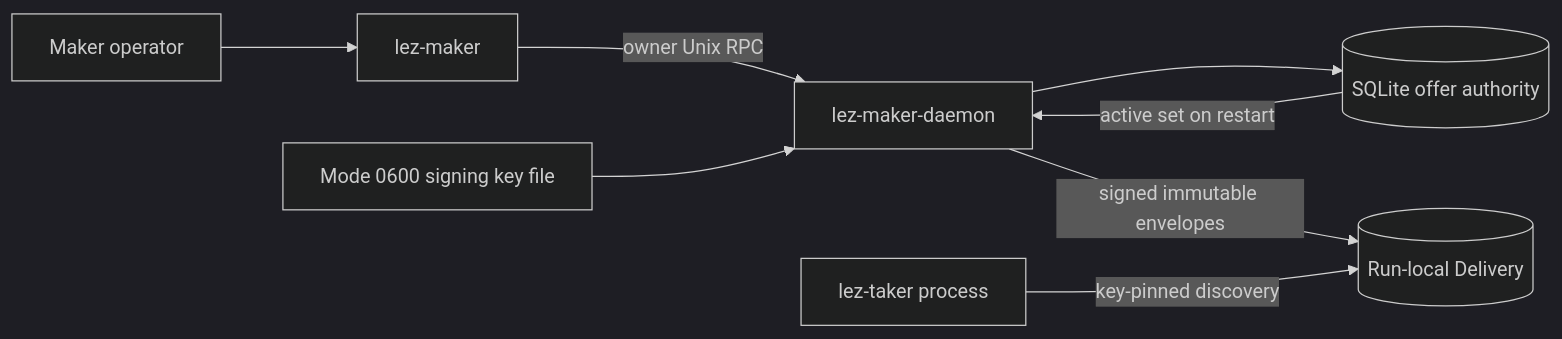
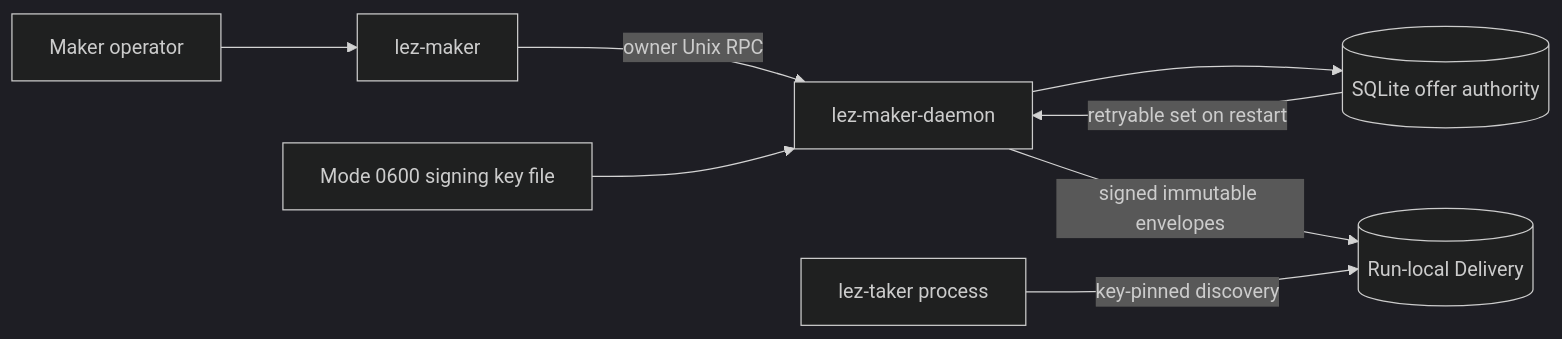
One commit to gateway-fm/lez-atomic-swaps changed the first of 2 diagrams in docs/architecture/0088-reconcile-daemon-delivery-from-durable-offers.md. Above: the diagram before and after it, drawn with Mermaid (dark theme). The commit also changed other lines of this file and 15 other files, not shown here.

````diff
--- a/docs/architecture/0088-reconcile-daemon-delivery-from-durable-offers.md
+++ b/docs/architecture/0088-reconcile-daemon-delivery-from-durable-offers.md
@@ -36,10 +37,10 @@
 ```mermaid
 flowchart LR
     Owner[Maker operator] --> MakerCli[lez-maker]
     MakerCli -->|owner Unix RPC| Daemon[lez-maker-daemon]
     Daemon --> Store[(SQLite offer authority)]
     Daemon -->|signed immutable envelopes| Delivery[(Run-local Delivery)]
     Key[Mode 0600 signing key file] --> Daemon
     Taker[lez-taker process] -->|key-pinned discovery| Delivery
-    Store -->|active set on restart| Daemon
+    Store -->|retryable set on restart| Daemon
 ```
````
